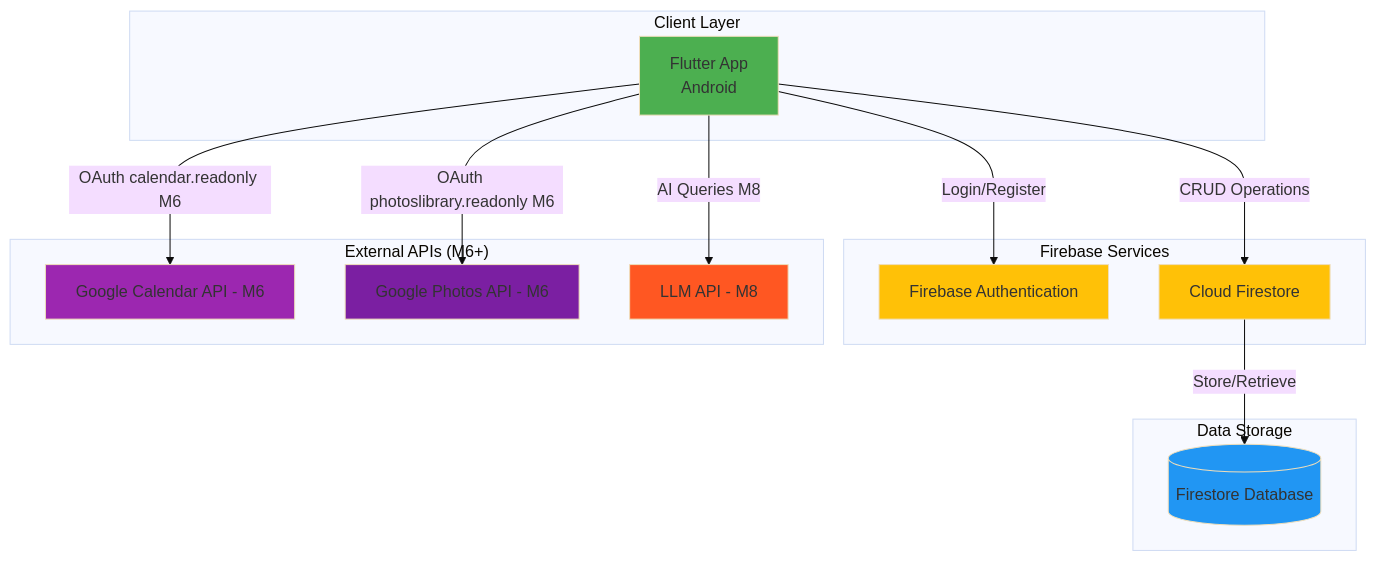
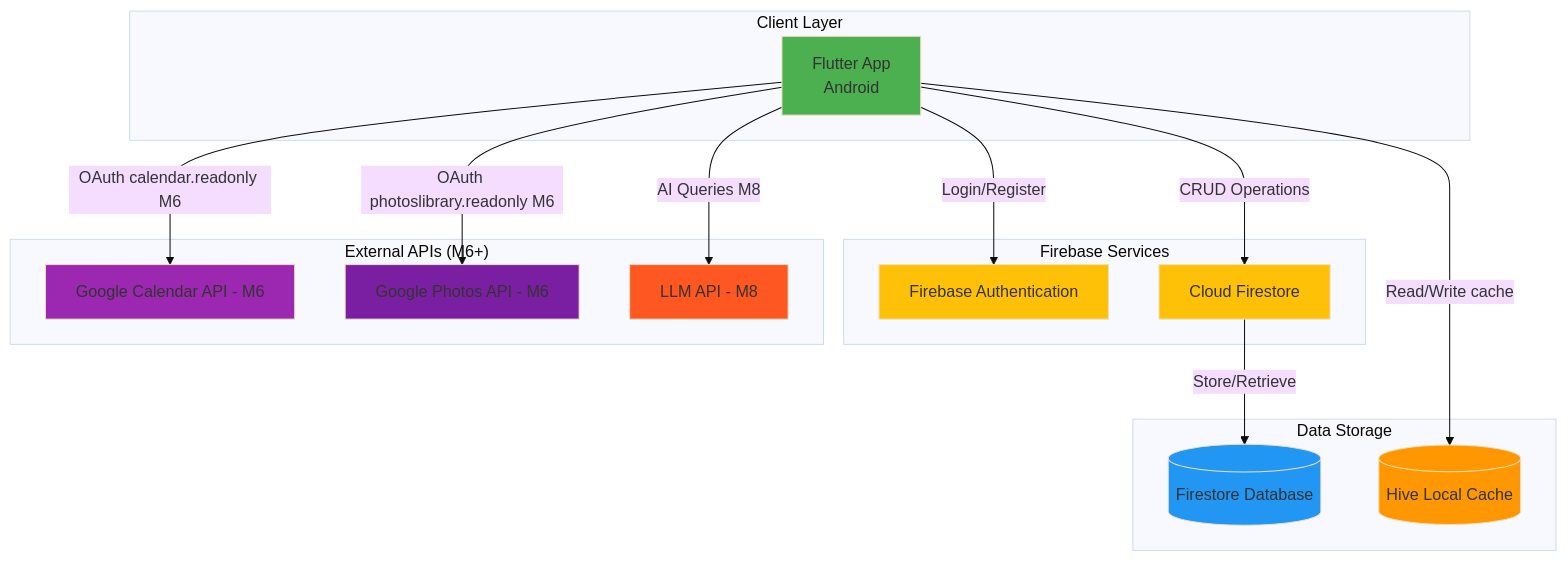
One commit to aleksanderginalski/Friendsheet-App changed the first of 5 diagrams in docs/architecture.md. Above: the diagram before and after it, drawn with Mermaid (base theme). The commit also changed other lines of this file and 1 other file, not shown here.

````diff
--- a/docs/architecture.md
+++ b/docs/architecture.md
@@ -5,36 +5,39 @@
 ```mermaid
 graph TB
     subgraph "Client Layer"
         A[Flutter App<br/>Android]
     end
     
     subgraph "Firebase Services"
         B[Firebase Authentication]
         C[Cloud Firestore]
     end
     
     subgraph "External APIs (M6+)"
         E[Google Calendar API - M6]
         E2[Google Photos API - M6]
         F[LLM API - M8]
     end
     
     subgraph "Data Storage"
         D[(Firestore Database)]
+        H[(Hive Local Cache)]
     end
     
     A -->|Login/Register| B
     A -->|CRUD Operations| C
     C -->|Store/Retrieve| D
+    A -->|Read/Write cache| H
     A -->|OAuth calendar.readonly M6| E
     A -->|OAuth photoslibrary.readonly M6| E2
     A -->|AI Queries M8| F
     
     style A fill:#4CAF50
     style B fill:#FFC107
     style C fill:#FFC107
     style D fill:#2196F3
+    style H fill:#FF9800
     style E fill:#9C27B0
     style E2 fill:#7B1FA2
     style F fill:#FF5722
 ```
````
